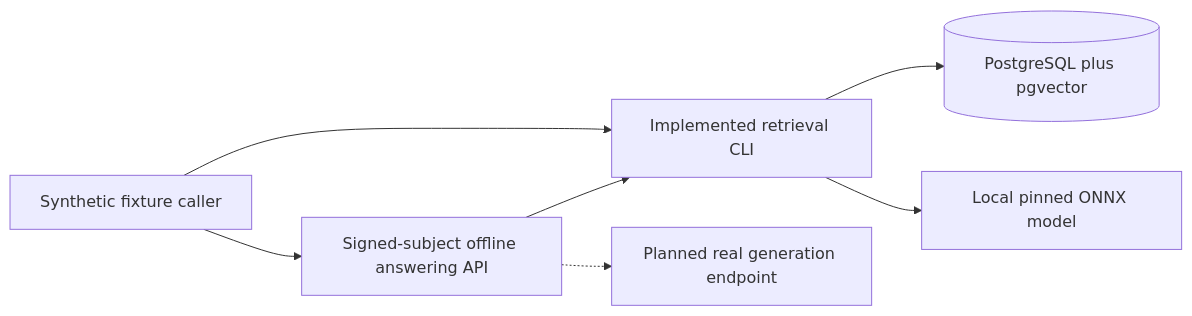
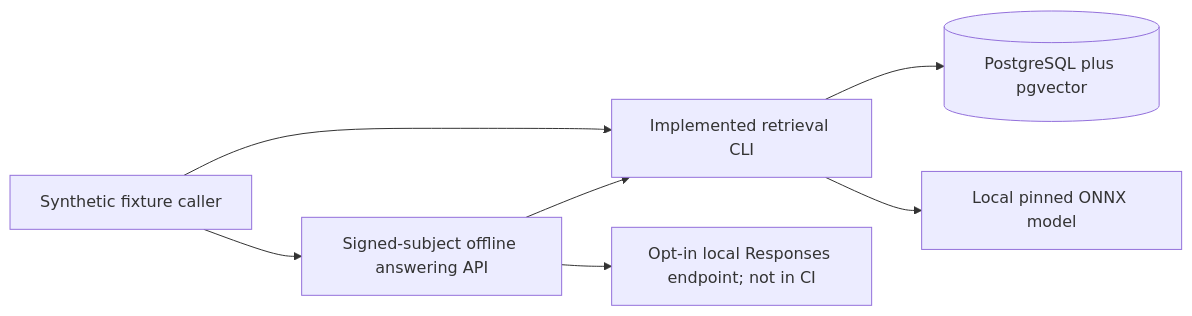
The first of 6 diagrams in docs/ARCHITECTURE.md (venkatakgonela/rag-audit-demo), drawn with Mermaid before and after one commit. The commit also changed other lines of this file and 8 other files, not shown here.

````diff
--- a/docs/ARCHITECTURE.md
+++ b/docs/ARCHITECTURE.md
@@ -18,9 +18,9 @@
 ```mermaid
 flowchart LR
     user["Synthetic fixture caller"] --> cli["Implemented retrieval CLI"]
     cli --> db[("PostgreSQL plus pgvector")]
     cli --> model["Local pinned ONNX model"]
     user --> answer["Signed-subject offline answering API"]
     answer --> cli
-    answer -.-> real["Planned real generation endpoint"]
+    answer --> real["Opt-in local Responses endpoint; not in CI"]
 ```
````
